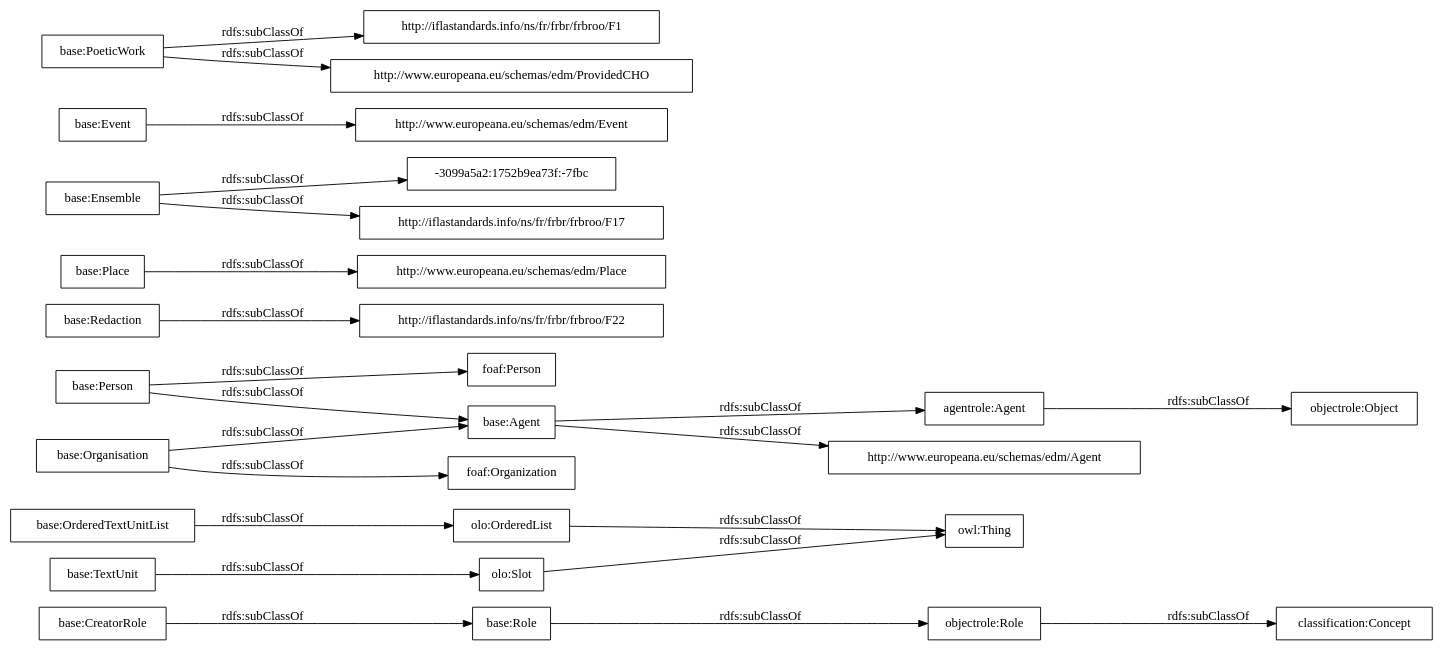
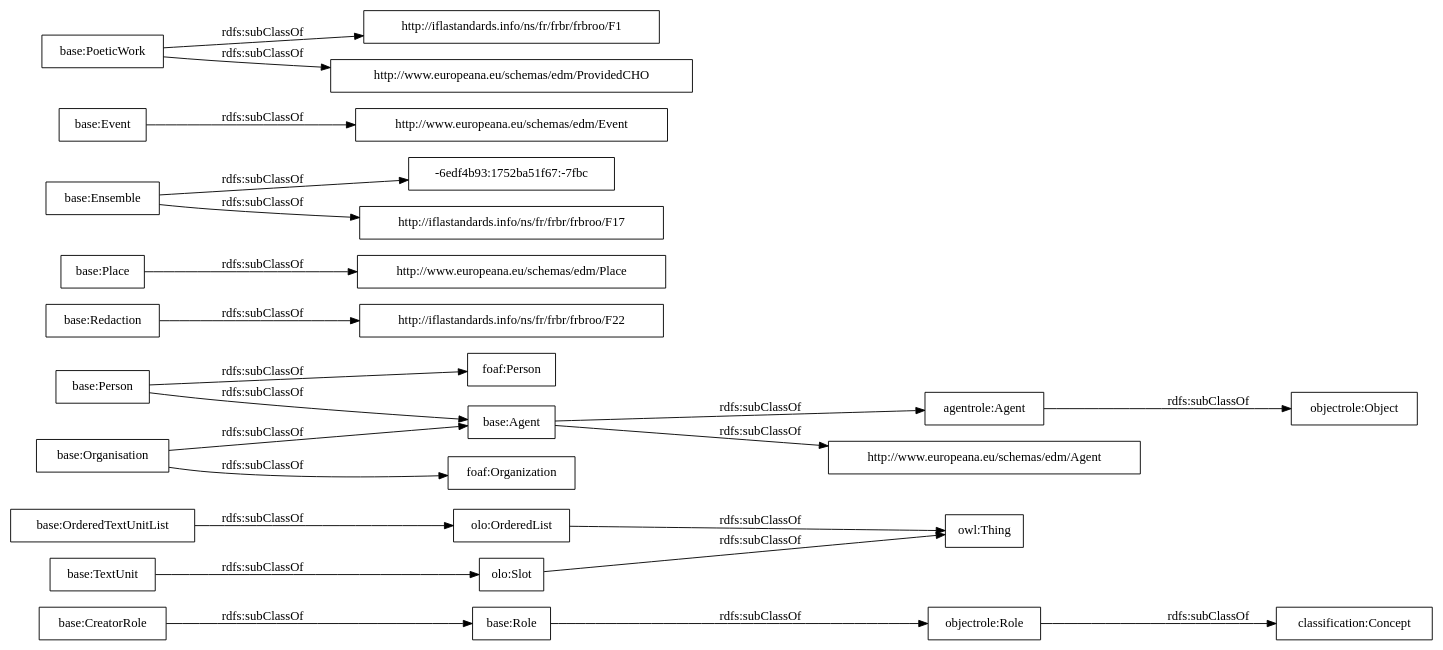
The diagram in OnToology/postdata-core.owl/diagrams/ar2dtool-taxonomy/postdata-core.owl.png.dot (OnToologyUser/core-ontology-1), drawn with Graphviz before and after one commit. The commit also changed 14 other files, not shown here.

```diff
--- a/OnToology/postdata-core.owl/diagrams/ar2dtool-taxonomy/postdata-core.owl.png.dot
+++ b/OnToology/postdata-core.owl/diagrams/ar2dtool-taxonomy/postdata-core.owl.png.dot
@@ -1,27 +1,27 @@
 digraph ar2dtool_diagram { 
 rankdir=LR;
 size="1000"
-node [shape = rectangle, color="black"]; "base:Role" "base:OrderedTextUnitList" "agentrole:Agent" "http://iflastandards.info/ns/fr/frbr/frbroo/F22" "http://www.europeana.eu/schemas/edm/Agent" "base:Agent" "base:CreatorRole" "base:Person" "base:Organisation" "http://www.europeana.eu/schemas/edm/Place" "base:Redaction" "base:Ensemble" "foaf:Person" "http://www.europeana.eu/schemas/edm/Event" "base:TextUnit" "http://iflastandards.info/ns/fr/frbr/frbroo/F1" "foaf:Organization" "http://www.europeana.eu/schemas/edm/ProvidedCHO" "base:Place" "base:Event" "-3099a5a2:1752b9ea73f:-7fbc" "base:PoeticWork" "http://iflastandards.info/ns/fr/frbr/frbroo/F17" "owl:Thing" "objectrole:Role" "objectrole:Object" "olo:Slot" "olo:OrderedList" "classification:Concept" ; /*classes style*/
+node [shape = rectangle, color="black"]; "base:Role" "base:OrderedTextUnitList" "agentrole:Agent" "http://iflastandards.info/ns/fr/frbr/frbroo/F22" "http://www.europeana.eu/schemas/edm/Agent" "base:Agent" "base:CreatorRole" "base:Person" "base:Organisation" "http://www.europeana.eu/schemas/edm/Place" "base:Redaction" "base:Ensemble" "foaf:Person" "-6edf4b93:1752ba51f67:-7fbc" "http://www.europeana.eu/schemas/edm/Event" "base:TextUnit" "http://iflastandards.info/ns/fr/frbr/frbroo/F1" "foaf:Organization" "http://www.europeana.eu/schemas/edm/ProvidedCHO" "base:Place" "base:Event" "base:PoeticWork" "http://iflastandards.info/ns/fr/frbr/frbroo/F17" "owl:Thing" "objectrole:Role" "objectrole:Object" "olo:Slot" "olo:OrderedList" "classification:Concept" ; /*classes style*/
 	"base:Redaction" -> "http://iflastandards.info/ns/fr/frbr/frbroo/F22" [ label = "rdfs:subClassOf" ];
 	"base:Role" -> "objectrole:Role" [ label = "rdfs:subClassOf" ];
 	"base:Event" -> "http://www.europeana.eu/schemas/edm/Event" [ label = "rdfs:subClassOf" ];
 	"base:Person" -> "foaf:Person" [ label = "rdfs:subClassOf" ];
 	"base:Person" -> "base:Agent" [ label = "rdfs:subClassOf" ];
 	"olo:OrderedList" -> "owl:Thing" [ label = "rdfs:subClassOf" ];
 	"olo:Slot" -> "owl:Thing" [ label = "rdfs:subClassOf" ];
 	"base:PoeticWork" -> "http://www.europeana.eu/schemas/edm/ProvidedCHO" [ label = "rdfs:subClassOf" ];
 	"base:PoeticWork" -> "http://iflastandards.info/ns/fr/frbr/frbroo/F1" [ label = "rdfs:subClassOf" ];
 	"base:TextUnit" -> "olo:Slot" [ label = "rdfs:subClassOf" ];
 	"agentrole:Agent" -> "objectrole:Object" [ label = "rdfs:subClassOf" ];
+	"base:Ensemble" -> "-6edf4b93:1752ba51f67:-7fbc" [ label = "rdfs:subClassOf" ];
 	"base:Ensemble" -> "http://iflastandards.info/ns/fr/frbr/frbroo/F17" [ label = "rdfs:subClassOf" ];
-	"base:Ensemble" -> "-3099a5a2:1752b9ea73f:-7fbc" [ label = "rdfs:subClassOf" ];
 	"base:OrderedTextUnitList" -> "olo:OrderedList" [ label = "rdfs:subClassOf" ];
 	"base:Agent" -> "agentrole:Agent" [ label = "rdfs:subClassOf" ];
 	"base:Agent" -> "http://www.europeana.eu/schemas/edm/Agent" [ label = "rdfs:subClassOf" ];
 	"objectrole:Role" -> "classification:Concept" [ label = "rdfs:subClassOf" ];
 	"base:Place" -> "http://www.europeana.eu/schemas/edm/Place" [ label = "rdfs:subClassOf" ];
 	"base:Organisation" -> "foaf:Organization" [ label = "rdfs:subClassOf" ];
 	"base:Organisation" -> "base:Agent" [ label = "rdfs:subClassOf" ];
 	"base:CreatorRole" -> "base:Role" [ label = "rdfs:subClassOf" ];
 
 }
```
